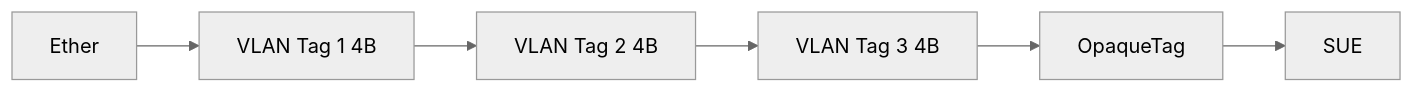
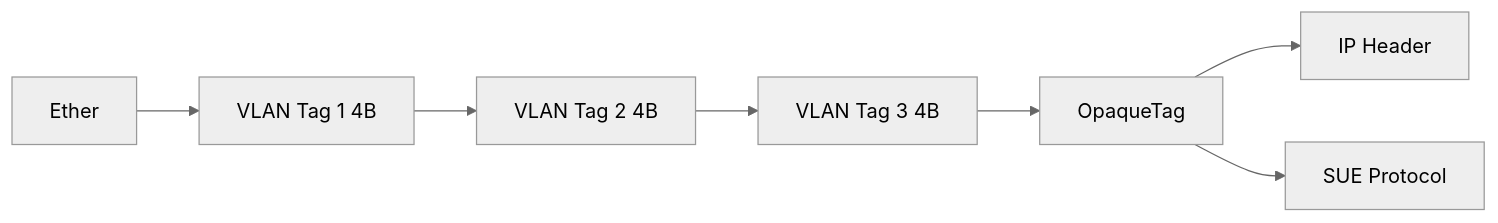
One commit to RuyeeAI/HardwareDesign changed the third of 6 diagrams in docs/PreParser.md. Above: the diagram before and after it, drawn with Mermaid (neutral theme). The commit also changed other lines of this file, not shown here.

First line of the commit message:
Update PreParser.md: add IP path after OpaqueTag

````diff
--- a/docs/PreParser.md
+++ b/docs/PreParser.md
@@ -81,8 +81,9 @@
 ```mermaid
 flowchart LR
     Ether --> VLAN1[VLAN Tag 1 4B]
     VLAN1 --> VLAN2[VLAN Tag 2 4B]
     VLAN2 --> VLAN3[VLAN Tag 3 4B]
     VLAN3 --> OpaqueTag[OpaqueTag]
-    OpaqueTag --> SUE
+    OpaqueTag --> IP[IP Header]
+    OpaqueTag --> SUE[SUE Protocol]
 ```
````
